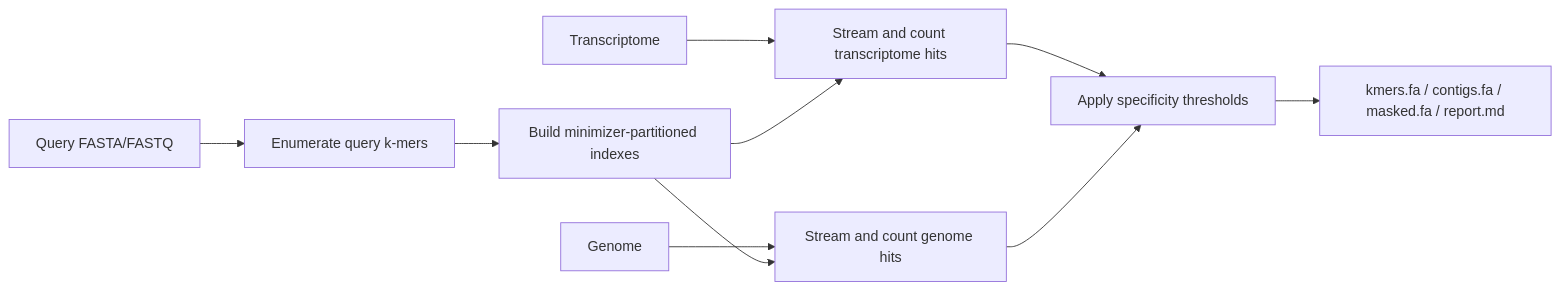
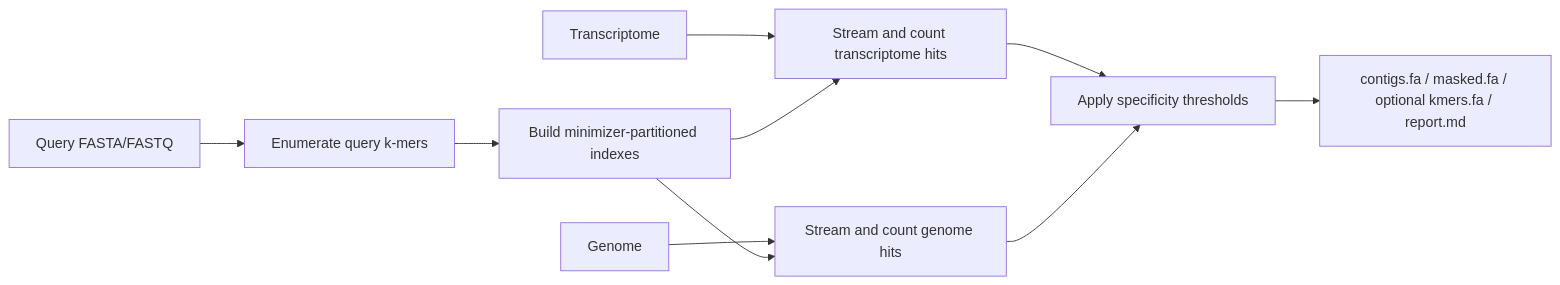
One commit to Malfoy/Kmerators changed the diagram in README.md. Above: the diagram before and after it, drawn with Mermaid. The commit also changed other lines of this file and 7 other files, not shown here.

````diff
--- a/README.md
+++ b/README.md
@@ -231,12 +235,12 @@
 ```mermaid
 flowchart LR
   Q[Query FASTA/FASTQ] --> E[Enumerate query k-mers]
   E --> I[Build minimizer-partitioned indexes]
   T[Transcriptome] --> CT[Stream and count transcriptome hits]
   G[Genome] --> CG[Stream and count genome hits]
   I --> CT
   I --> CG
   CT --> F[Apply specificity thresholds]
   CG --> F
-  F --> O[kmers.fa / contigs.fa / masked.fa / report.md]
+  F --> O[contigs.fa / masked.fa / optional kmers.fa / report.md]
 ```
````
